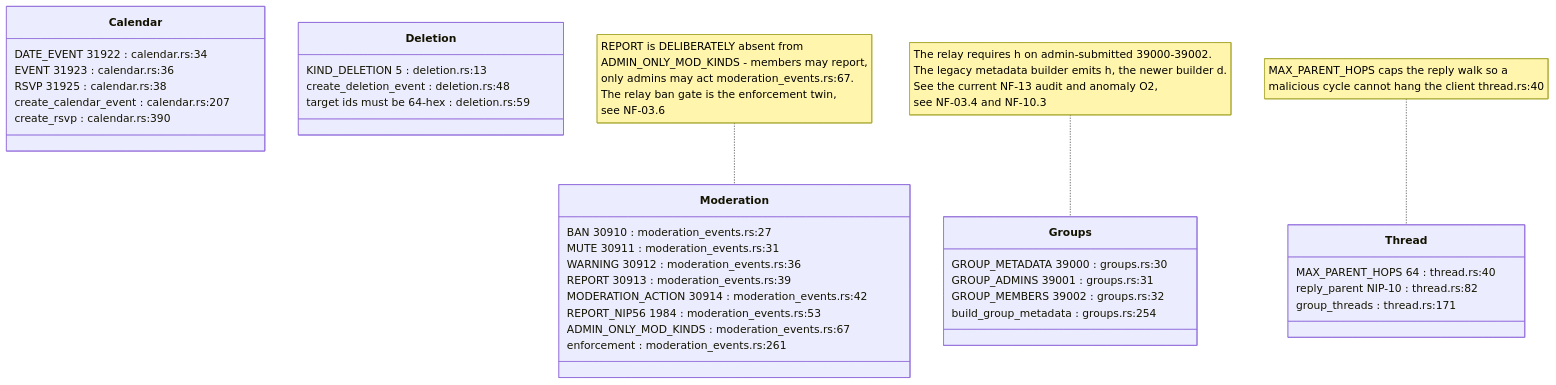
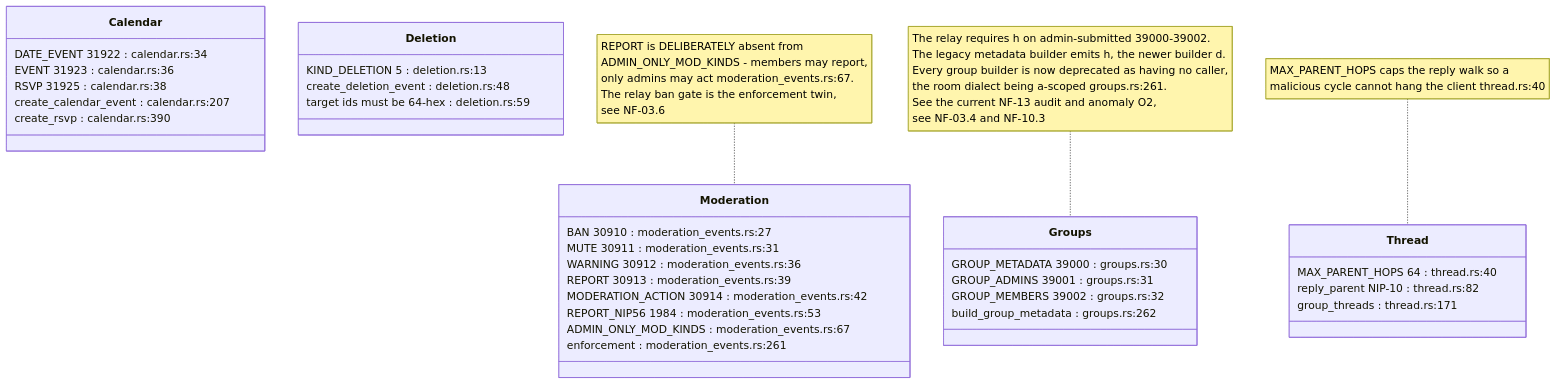
The sixth of 10 diagrams in docs/diagrams/nostr-rust-forum/12-core-wire-crypto-and-federation-envelope.md (DreamLab-AI/VisionFlow), drawn with Mermaid before and after one commit. The commit also changed other lines of this file, not shown here.

First line of the commit message:
docs(diagrams): NF-12 re-verified at nostr-rust-forum af4f0d5

````diff
--- a/docs/diagrams/nostr-rust-forum/12-core-wire-crypto-and-federation-envelope.md
+++ b/docs/diagrams/nostr-rust-forum/12-core-wire-crypto-and-federation-envelope.md
@@ -220,40 +227,40 @@
 ```mermaid
 classDiagram
     class Moderation {
         BAN 30910 : moderation_events.rs:27
         MUTE 30911 : moderation_events.rs:31
         WARNING 30912 : moderation_events.rs:36
         REPORT 30913 : moderation_events.rs:39
         MODERATION_ACTION 30914 : moderation_events.rs:42
         REPORT_NIP56 1984 : moderation_events.rs:53
         ADMIN_ONLY_MOD_KINDS : moderation_events.rs:67
         enforcement : moderation_events.rs:261
     }
     class Calendar {
         DATE_EVENT 31922 : calendar.rs:34
         EVENT 31923 : calendar.rs:36
         RSVP 31925 : calendar.rs:38
         create_calendar_event : calendar.rs:207
         create_rsvp : calendar.rs:390
     }
     class Groups {
         GROUP_METADATA 39000 : groups.rs:30
         GROUP_ADMINS 39001 : groups.rs:31
         GROUP_MEMBERS 39002 : groups.rs:32
-        build_group_metadata : groups.rs:254
+        build_group_metadata : groups.rs:262
     }
     class Deletion {
         KIND_DELETION 5 : deletion.rs:13
         create_deletion_event : deletion.rs:48
         target ids must be 64-hex : deletion.rs:59
     }
     class Thread {
         MAX_PARENT_HOPS 64 : thread.rs:40
         reply_parent NIP-10 : thread.rs:82
         group_threads : thread.rs:171
     }
 
     note for Moderation "REPORT is DELIBERATELY absent from<br/>ADMIN_ONLY_MOD_KINDS - members may report,<br/>only admins may act moderation_events.rs:67.<br/>The relay ban gate is the enforcement twin,<br/>see NF-03.6"
-    note for Groups "The relay requires h on admin-submitted 39000-39002.<br/>The legacy metadata builder emits h, the newer builder d.<br/>See the current NF-13 audit and anomaly O2,<br/>see NF-03.4 and NF-10.3"
+    note for Groups "The relay requires h on admin-submitted 39000-39002.<br/>The legacy metadata builder emits h, the newer builder d.<br/>Every group builder is now deprecated as having no caller,<br/>the room dialect being a-scoped groups.rs:261.<br/>See the current NF-13 audit and anomaly O2,<br/>see NF-03.4 and NF-10.3"
     note for Thread "MAX_PARENT_HOPS caps the reply walk so a<br/>malicious cycle cannot hang the client thread.rs:40"
 ```
````
